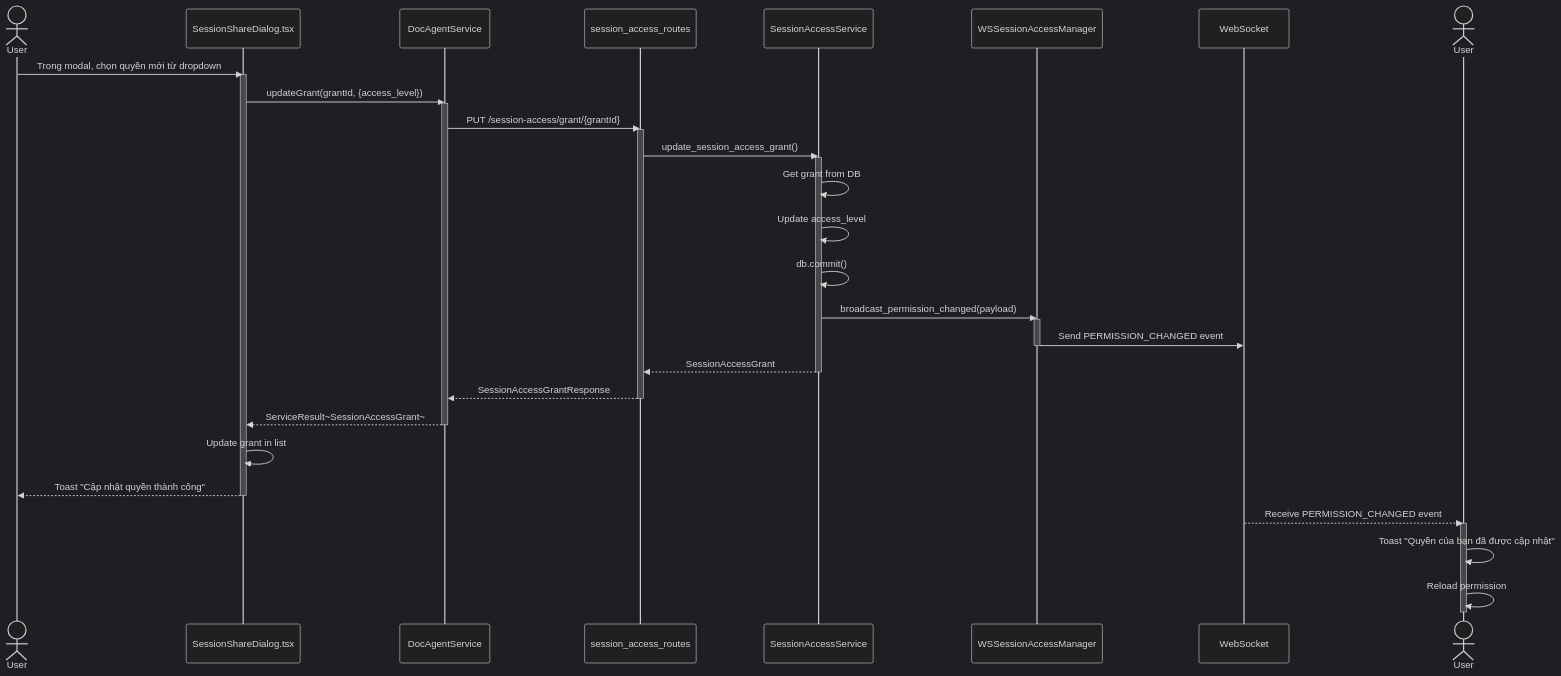
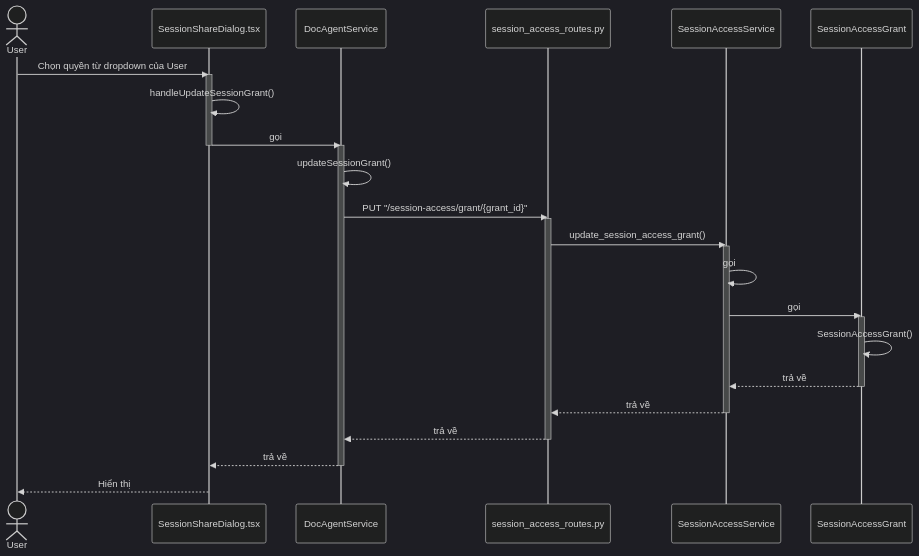
Before and after one commit to mduc-2610/gp_doc: the second of 9 diagrams in session_access/4_session_access_seq.md, drawn with Mermaid (dark theme). The commit also changed other lines of this file and 34 other files, not shown here.

````diff
--- a/session_access/4_session_access_seq.md
+++ b/session_access/4_session_access_seq.md
@@ -105,47 +144,43 @@
 ```mermaid
 sequenceDiagram
-    actor User1 as User
-    participant ShareModal as SessionShareDialog.tsx
+    actor User
+    participant SessionShareDialog as SessionShareDialog.tsx
     participant DocAgentService as DocAgentService
-    participant SessionAccessRoutes as session_access_routes
+    participant SessionAccessRoutes as session_access_routes.py
     participant SessionAccessService as SessionAccessService
-    participant WSManager as WSSessionAccessManager
-    participant WebSocket as WebSocket
-    actor User2 as User
+    participant SessionAccessGrant as SessionAccessGrant
 
-    User1->>ShareModal: Trong modal, chọn quyền mới từ dropdown
-    activate ShareModal
+    User->>SessionShareDialog: Chọn quyền từ dropdown của User
+    activate SessionShareDialog
     
-    ShareModal->>DocAgentService: updateGrant(grantId, {access_level})
+    SessionShareDialog->>SessionShareDialog: handleUpdateSessionGrant()
+    SessionShareDialog->>DocAgentService: gọi
+    deactivate SessionShareDialog
     activate DocAgentService
-    DocAgentService->>SessionAccessRoutes: PUT /session-access/grant/{grantId}
+    
+    DocAgentService->>DocAgentService: updateSessionGrant()
+    DocAgentService->>SessionAccessRoutes: PUT "/session-access/grant/{grant_id}"
     activate SessionAccessRoutes
+    
     SessionAccessRoutes->>SessionAccessService: update_session_access_grant()
     activate SessionAccessService
     
-    SessionAccessService->>SessionAccessService: Get grant from DB
-    SessionAccessService->>SessionAccessService: Update access_level
-    SessionAccessService->>SessionAccessService: db.commit()
+    SessionAccessService->>SessionAccessService: gọi
+    SessionAccessService->>SessionAccessGrant: gọi
+    activate SessionAccessGrant
     
-    SessionAccessService->>WSManager: broadcast_permission_changed(payload)
-    activate WSManager
-    WSManager->>WebSocket: Send PERMISSION_CHANGED event
-    deactivate WSManager
+    SessionAccessGrant->>SessionAccessGrant: SessionAccessGrant()
+    SessionAccessGrant-->>SessionAccessService: trả về
+    deactivate SessionAccessGrant
     
-    SessionAccessService-->>SessionAccessRoutes: SessionAccessGrant
+    SessionAccessService-->>SessionAccessRoutes: trả về
     deactivate SessionAccessService
-    SessionAccessRoutes-->>DocAgentService: SessionAccessGrantResponse
+    
+    SessionAccessRoutes-->>DocAgentService: trả về
     deactivate SessionAccessRoutes
-    DocAgentService-->>ShareModal: ServiceResult~SessionAccessGrant~
+    
+    DocAgentService-->>SessionShareDialog: trả về
     deactivate DocAgentService
     
-    ShareModal->>ShareModal: Update grant in list
-    ShareModal-->>User1: Toast "Cập nhật quyền thành công"
-    deactivate ShareModal
-    
-    WebSocket-->>User2: Receive PERMISSION_CHANGED event
-    activate User2
-    User2->>User2: Toast "Quyền của bạn đã được cập nhật"
-    User2->>User2: Reload permission
-    deactivate User2
+    SessionShareDialog-->>User: Hiển thị
 ```
````
